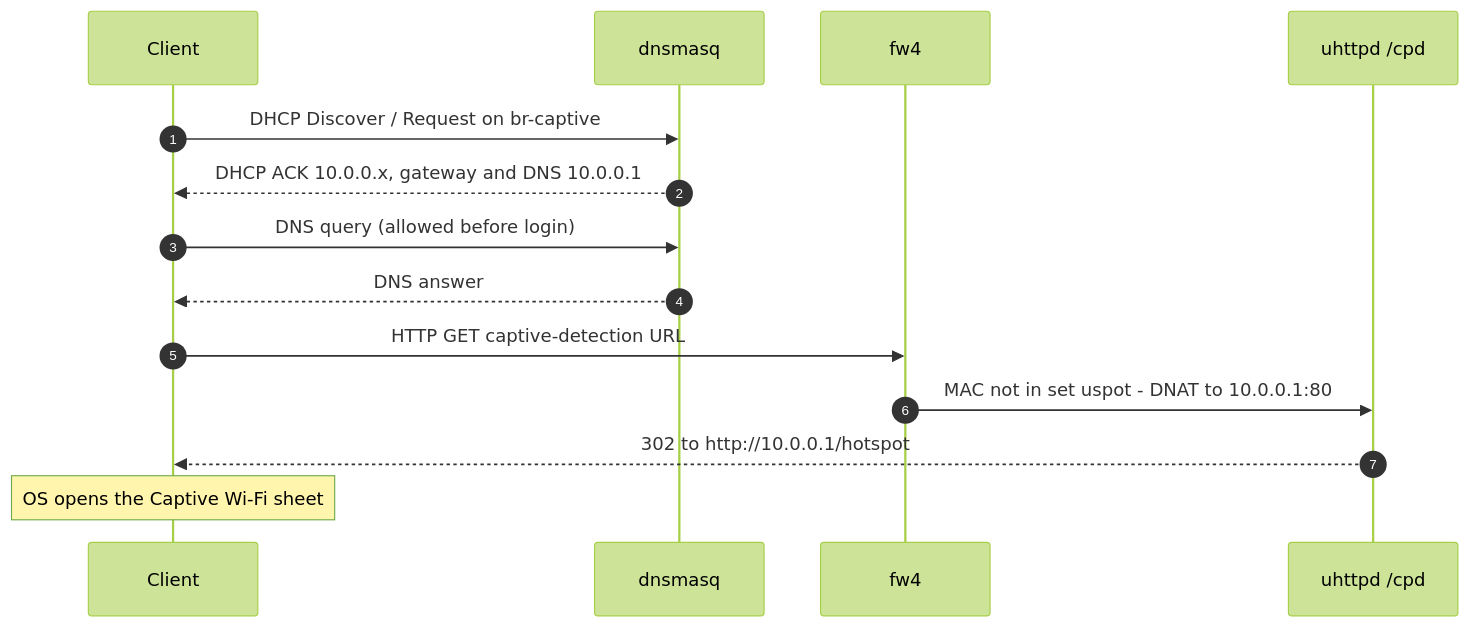
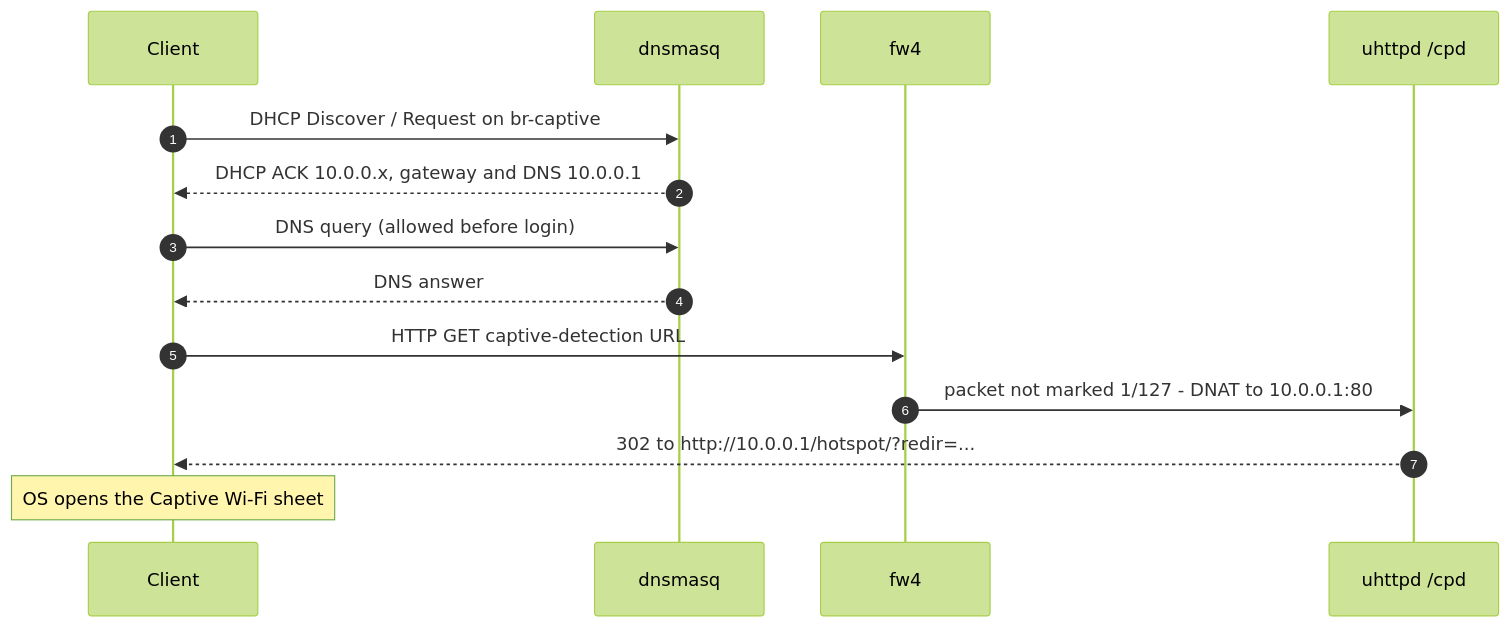
Before and after one commit to ducndc/ducndc.github.io: the eighth of 13 diagrams in src/content/blog/captive-portal.md, drawn with Mermaid (forest theme). The commit also changed other lines of this file, not shown here.

````diff
--- a/src/content/blog/captive-portal.md
+++ b/src/content/blog/captive-portal.md
@@ -386,17 +473,17 @@
 ```mermaid
 sequenceDiagram
     autonumber
     participant C as Client
     participant D as dnsmasq
     participant F as fw4
     participant H as uhttpd /cpd
  
     C->>D: DHCP Discover / Request on br-captive
     D-->>C: DHCP ACK 10.0.0.x, gateway and DNS 10.0.0.1
     C->>D: DNS query (allowed before login)
     D-->>C: DNS answer
     C->>F: HTTP GET captive-detection URL
-    F->>H: MAC not in set uspot - DNAT to 10.0.0.1:80
-    H-->>C: 302 to http://10.0.0.1/hotspot
+    F->>H: packet not marked 1/127 - DNAT to 10.0.0.1:80
+    H-->>C: 302 to http://10.0.0.1/hotspot/?redir=...
     Note over C: OS opens the Captive Wi-Fi sheet
 ```
````
